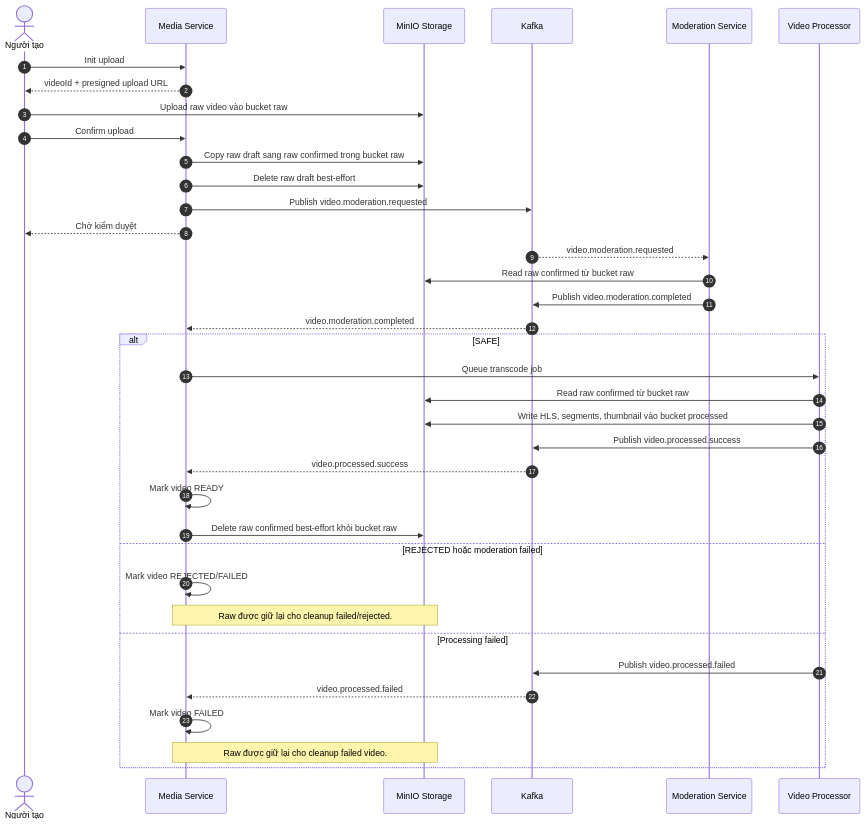
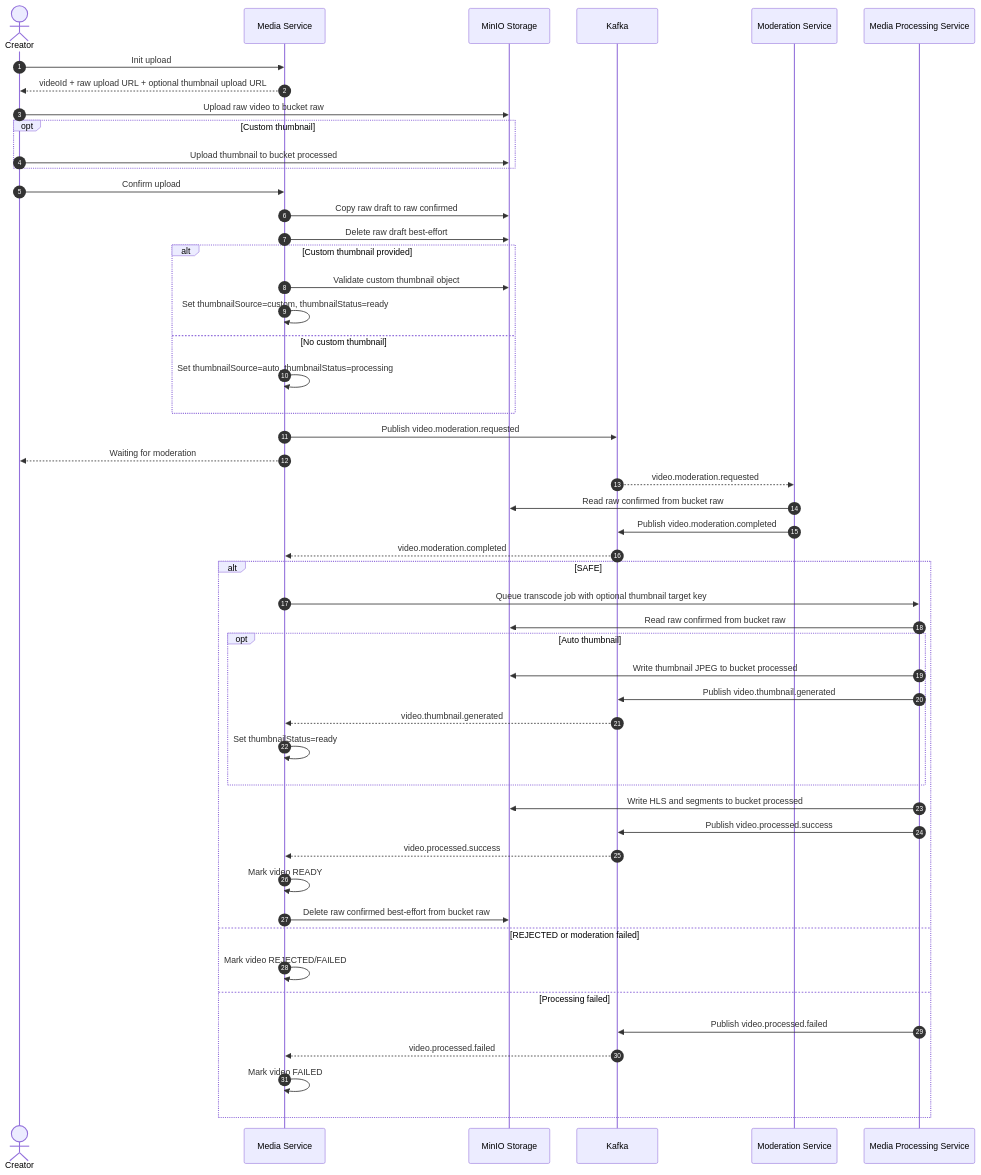
The diagram in docs/FLOWS.md (nanhph04/media-serivce-da), drawn with Mermaid before and after one commit. The commit also changed other lines of this file and 40 other files, not shown here.

````diff
--- a/docs/FLOWS.md
+++ b/docs/FLOWS.md
@@ -15,44 +11,57 @@
 ```mermaid
 sequenceDiagram
     autonumber
-    actor NguoiTao as Người tạo
+    actor Creator as Creator
     participant Media as Media Service
     participant Storage as MinIO Storage
     participant Kafka
     participant Moderation as Moderation Service
-    participant Processor as Video Processor
+    participant Processor as Media Processing Service
 
-    NguoiTao->>Media: Init upload
-    Media-->>NguoiTao: videoId + presigned upload URL
-    NguoiTao->>Storage: Upload raw video vào bucket raw
+    Creator->>Media: Init upload
+    Media-->>Creator: videoId + raw upload URL + optional thumbnail upload URL
+    Creator->>Storage: Upload raw video to bucket raw
+    opt Custom thumbnail
+        Creator->>Storage: Upload thumbnail to bucket processed
+    end
 
-    NguoiTao->>Media: Confirm upload
-    Media->>Storage: Copy raw draft sang raw confirmed trong bucket raw
+    Creator->>Media: Confirm upload
+    Media->>Storage: Copy raw draft to raw confirmed
     Media->>Storage: Delete raw draft best-effort
+    alt Custom thumbnail provided
+        Media->>Storage: Validate custom thumbnail object
+        Media->>Media: Set thumbnailSource=custom, thumbnailStatus=ready
+    else No custom thumbnail
+        Media->>Media: Set thumbnailSource=auto, thumbnailStatus=processing
+    end
     Media->>Kafka: Publish video.moderation.requested
-    Media-->>NguoiTao: Chờ kiểm duyệt
+    Media-->>Creator: Waiting for moderation
 
     Kafka-->>Moderation: video.moderation.requested
-    Moderation->>Storage: Read raw confirmed từ bucket raw
+    Moderation->>Storage: Read raw confirmed from bucket raw
     Moderation->>Kafka: Publish video.moderation.completed
 
     Kafka-->>Media: video.moderation.completed
 
     alt SAFE
-        Media->>Processor: Queue transcode job
-        Processor->>Storage: Read raw confirmed từ bucket raw
-        Processor->>Storage: Write HLS, segments, thumbnail vào bucket processed
+        Media->>Processor: Queue transcode job with optional thumbnail target key
+        Processor->>Storage: Read raw confirmed from bucket raw
+        opt Auto thumbnail
+            Processor->>Storage: Write thumbnail JPEG to bucket processed
+            Processor->>Kafka: Publish video.thumbnail.generated
+            Kafka-->>Media: video.thumbnail.generated
+            Media->>Media: Set thumbnailStatus=ready
+        end
+        Processor->>Storage: Write HLS and segments to bucket processed
         Processor->>Kafka: Publish video.processed.success
         Kafka-->>Media: video.processed.success
         Media->>Media: Mark video READY
-        Media->>Storage: Delete raw confirmed best-effort khỏi bucket raw
-    else REJECTED hoặc moderation failed
+        Media->>Storage: Delete raw confirmed best-effort from bucket raw
+    else REJECTED or moderation failed
         Media->>Media: Mark video REJECTED/FAILED
-        Note over Media,Storage: Raw được giữ lại cho cleanup failed/rejected.
     else Processing failed
         Processor->>Kafka: Publish video.processed.failed
         Kafka-->>Media: video.processed.failed
         Media->>Media: Mark video FAILED
-        Note over Media,Storage: Raw được giữ lại cho cleanup failed video.
     end
 ```
````
